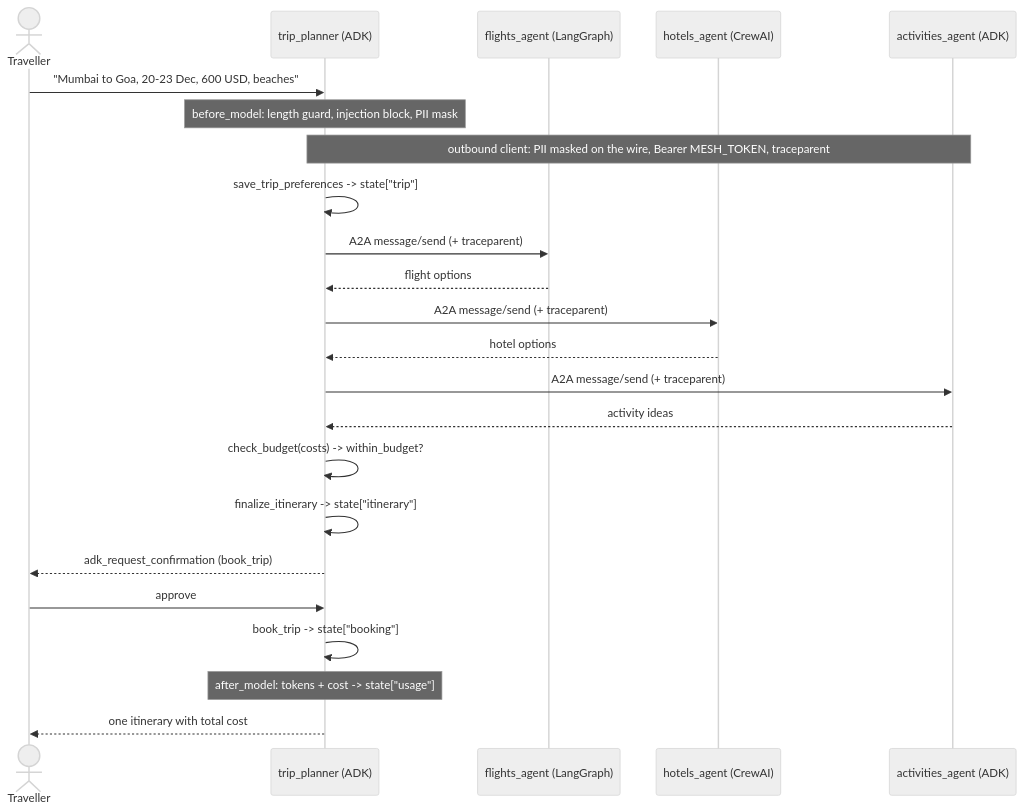
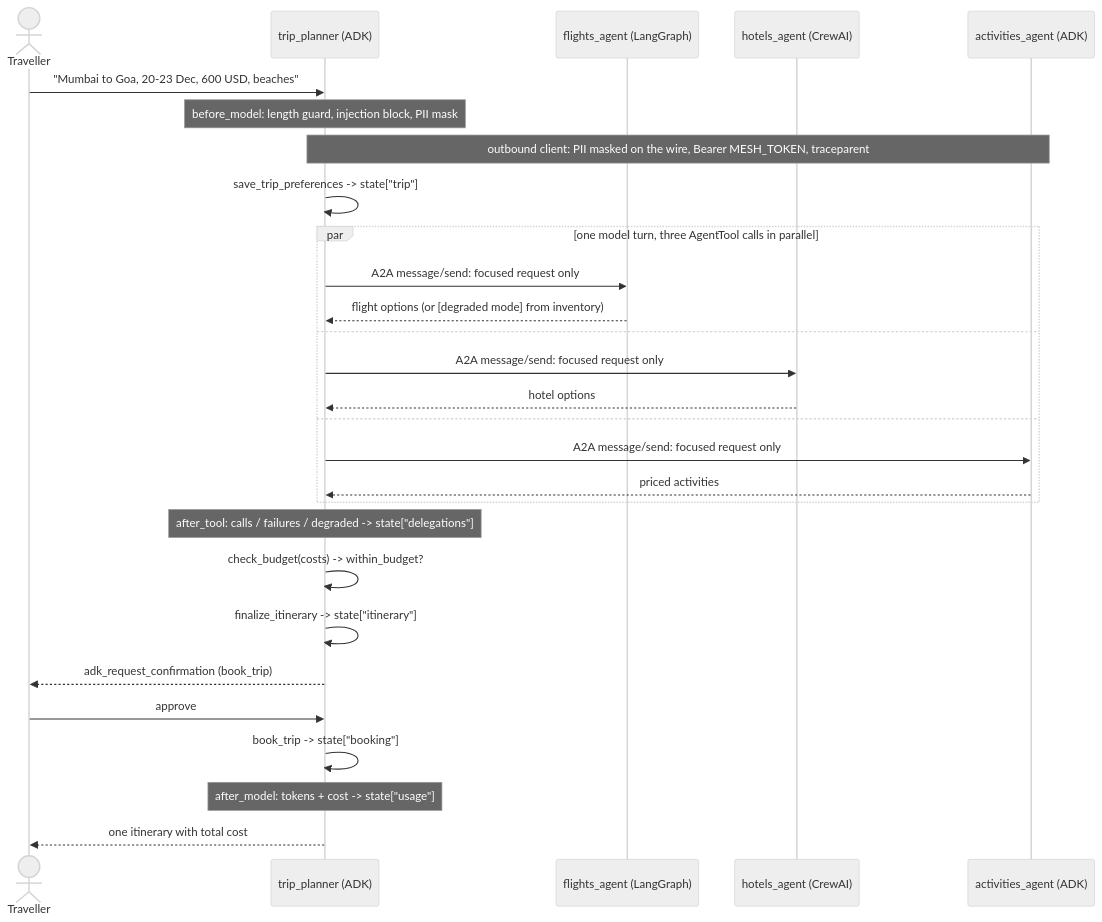
One commit to anshd15/a2a-agent-mesh changed the diagram in docs/architecture.md. Above: the diagram before and after it, drawn with Mermaid (neutral theme). The commit also changed other lines of this file and 2 other files, not shown here.

Commit message:
docs: parallel AgentTool fan-out, data minimisation and delegation stats
The request sequence now shows one model turn fanning out to three specialists in parallel; design decisions explain AgentTool over transfer_to_agent; SECURITY.md lists data minimisation as a control.

````diff
--- a/docs/architecture.md
+++ b/docs/architecture.md
@@ -5,26 +5,31 @@
 ```mermaid
 sequenceDiagram
   actor U as Traveller
   participant P as trip_planner (ADK)
   participant F as flights_agent (LangGraph)
   participant H as hotels_agent (CrewAI)
   participant A as activities_agent (ADK)
 
   U->>P: "Mumbai to Goa, 20-23 Dec, 600 USD, beaches"
   Note over P: before_model: length guard, injection block, PII mask
   Note over P,A: outbound client: PII masked on the wire, Bearer MESH_TOKEN, traceparent
   P->>P: save_trip_preferences -> state["trip"]
-  P->>F: A2A message/send (+ traceparent)
-  F-->>P: flight options
-  P->>H: A2A message/send (+ traceparent)
-  H-->>P: hotel options
-  P->>A: A2A message/send (+ traceparent)
-  A-->>P: activity ideas
+  par one model turn, three AgentTool calls in parallel
+    P->>F: A2A message/send: focused request only
+    F-->>P: flight options (or [degraded mode] from inventory)
+  and
+    P->>H: A2A message/send: focused request only
+    H-->>P: hotel options
+  and
+    P->>A: A2A message/send: focused request only
+    A-->>P: priced activities
+  end
+  Note over P: after_tool: calls / failures / degraded -> state["delegations"]
   P->>P: check_budget(costs) -> within_budget?
   P->>P: finalize_itinerary -> state["itinerary"]
   P-->>U: adk_request_confirmation (book_trip)
   U->>P: approve
   P->>P: book_trip -> state["booking"]
   Note over P: after_model: tokens + cost -> state["usage"]
   P-->>U: one itinerary with total cost
 ```
````
